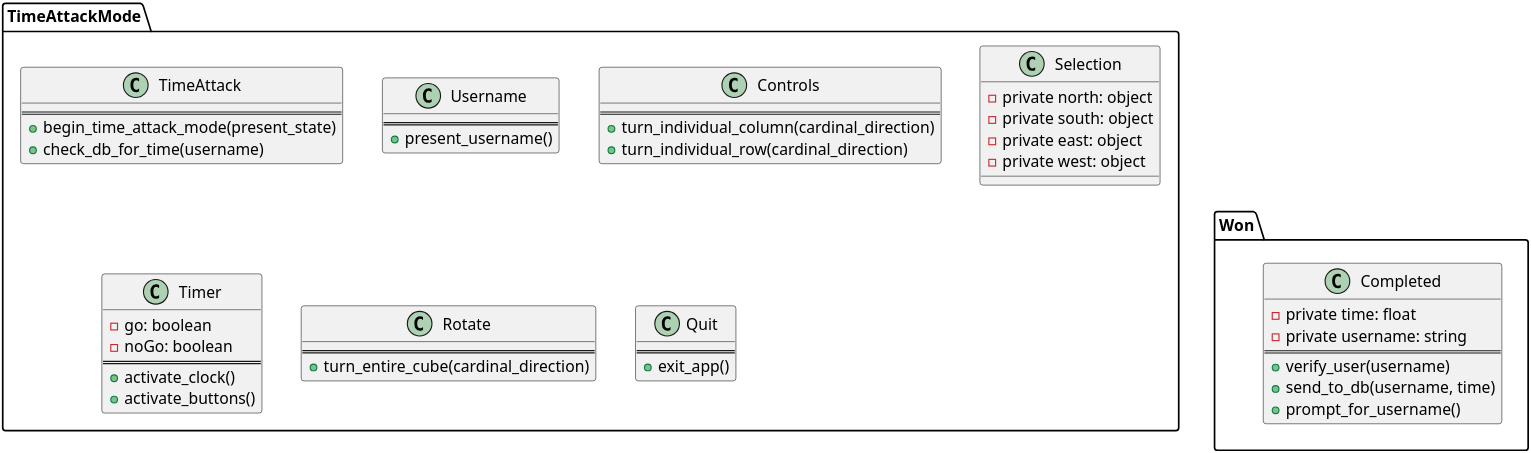
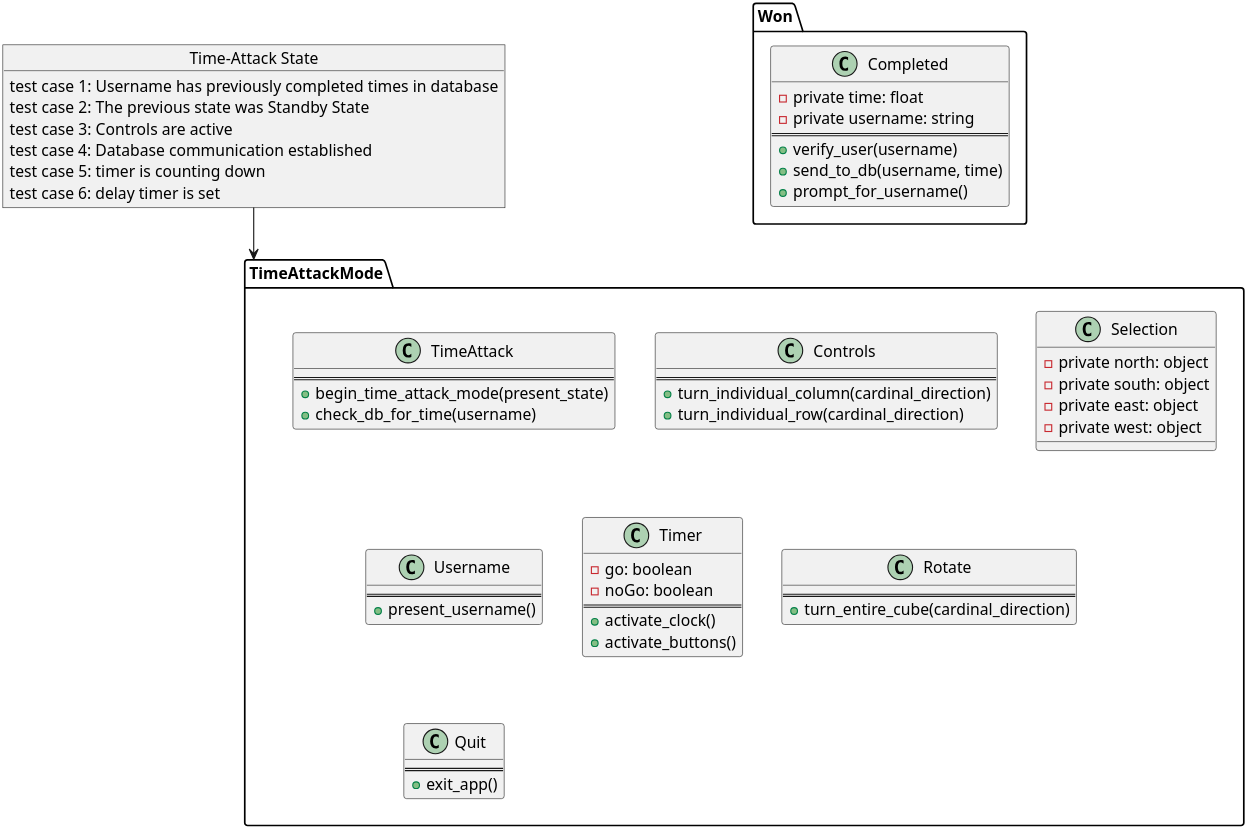
The fourth of 5 diagrams in rubiks_testing.org (djhunter67/Softeare-Engineering-Rubiks-Cube), drawn with PlantUML before and after one commit. The commit also changed other lines of this file and 12 other files, not shown here.

```diff
--- a/rubiks_testing.org
+++ b/rubiks_testing.org
@@ -279,58 +288,67 @@
 #+BEGIN_SRC plantuml :file time-attack_testing.png
 
       scale 600
+    allowmixing
 
-    package TimeAttackMode {
+    package TimeAttackMode as TAM {
     class TimeAttack {
   ==
         +begin_time_attack_mode(present_state)
         +check_db_for_time(username)
     }
         class Controls {
         ==
         +turn_individual_column(cardinal_direction)
         +turn_individual_row(cardinal_direction)
         }
        class Selection {
       -private north: object
         -private south: object
       -private east: object
     -private west: object
        }
      class Username {
    ==
    +present_username()
      }
          class Timer {
         -go: boolean
         -noGo: boolean
         ==
           +activate_clock()
           +activate_buttons()
          }
        class Rotate {
      ==
           +turn_entire_cube(cardinal_direction)
        }
    class Quit {
   ==
   +exit_app()
    }
       }
 
        package Won {
        class Completed {
        -private time: float
         -private username: string
       ==
       +verify_user(username)
       +send_to_db(username, time)
       +prompt_for_username()
            }
         }
 
-      Username --[hidden] Won
+      object "Time-Attack State" as TA {
+    test case 1: Username has previously completed times in database
+    test case 2: The previous state was Standby State
+    test case 3: Controls are active
+    test case 4: Database communication established
+    test case 5: timer is counting down
+    test case 6: delay timer is set
+      }
 
+    TA --> TAM
 
 
 #+END_SRC
```
